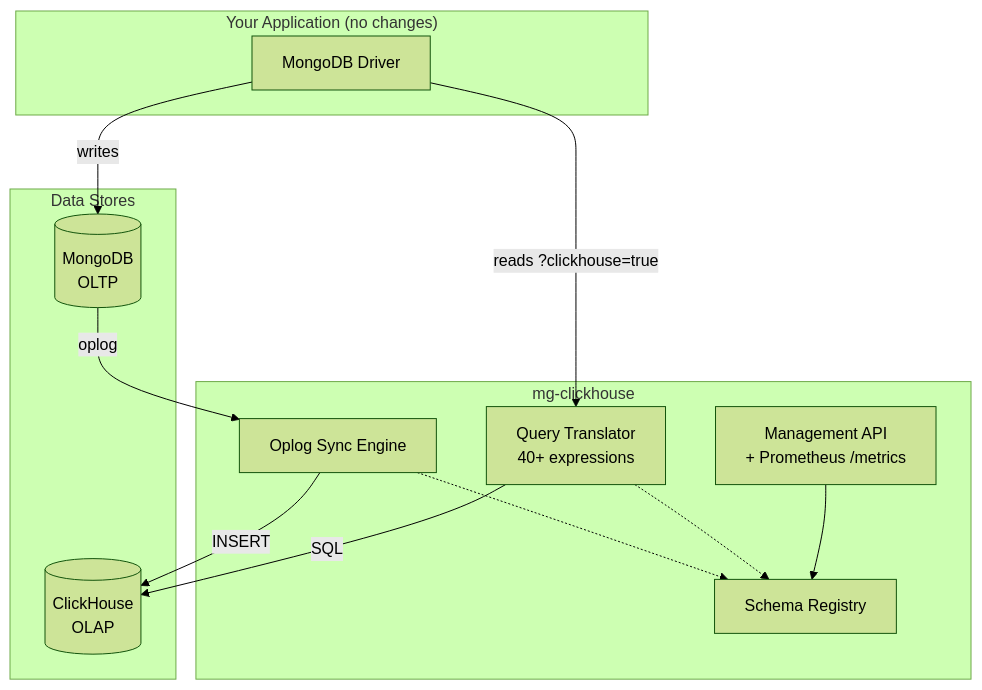
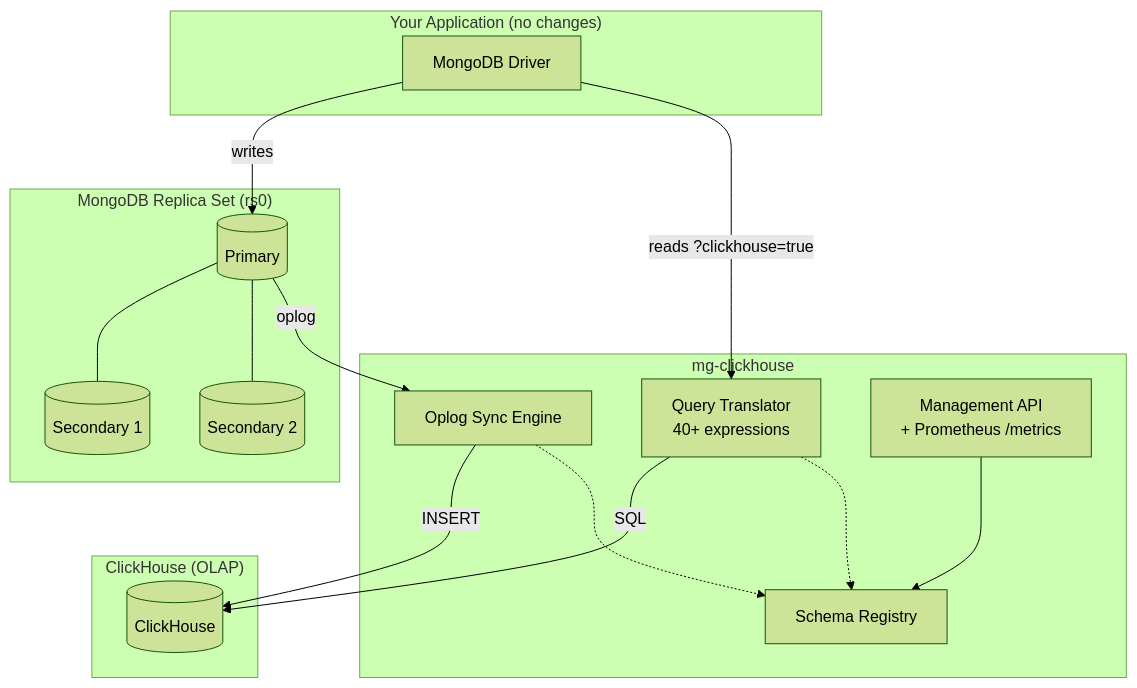
One commit to mrityunjaysharma/mongo-flux changed the seventh of 7 diagrams in docs/article.md. Above: the diagram before and after it, drawn with Mermaid (forest theme). The commit also changed other lines of this file and 5 other files, not shown here.

Commit message:
modify architecture

````diff
--- a/docs/article.md
+++ b/docs/article.md
@@ -226,27 +236,34 @@
 ```mermaid
 flowchart TD
     subgraph "Your Application (no changes)"
         APP[MongoDB Driver]
+    end
+
+    subgraph "MongoDB Replica Set (rs0)"
+        MGP[(Primary)]
+        MGS1[(Secondary 1)]
+        MGS2[(Secondary 2)]
+        MGP --- MGS1
+        MGP --- MGS2
     end
 
     subgraph "mg-clickhouse"
         SYNC[Oplog Sync Engine]
         XLAT[Query Translator<br/>40+ expressions]
         API[Management API<br/>+ Prometheus /metrics]
         REG[Schema Registry]
     end
 
-    subgraph "Data Stores"
-        MG[(MongoDB<br/>OLTP)]
-        CH[(ClickHouse<br/>OLAP)]
+    subgraph "ClickHouse (OLAP)"
+        CH[(ClickHouse)]
     end
 
-    APP -->|writes| MG
+    APP -->|writes| MGP
     APP -->|"reads ?clickhouse=true"| XLAT
-    MG -->|oplog| SYNC
+    MGP -->|oplog| SYNC
     SYNC -->|INSERT| CH
     XLAT -->|SQL| CH
     SYNC -.-> REG
     XLAT -.-> REG
     API --> REG
 ```
````
